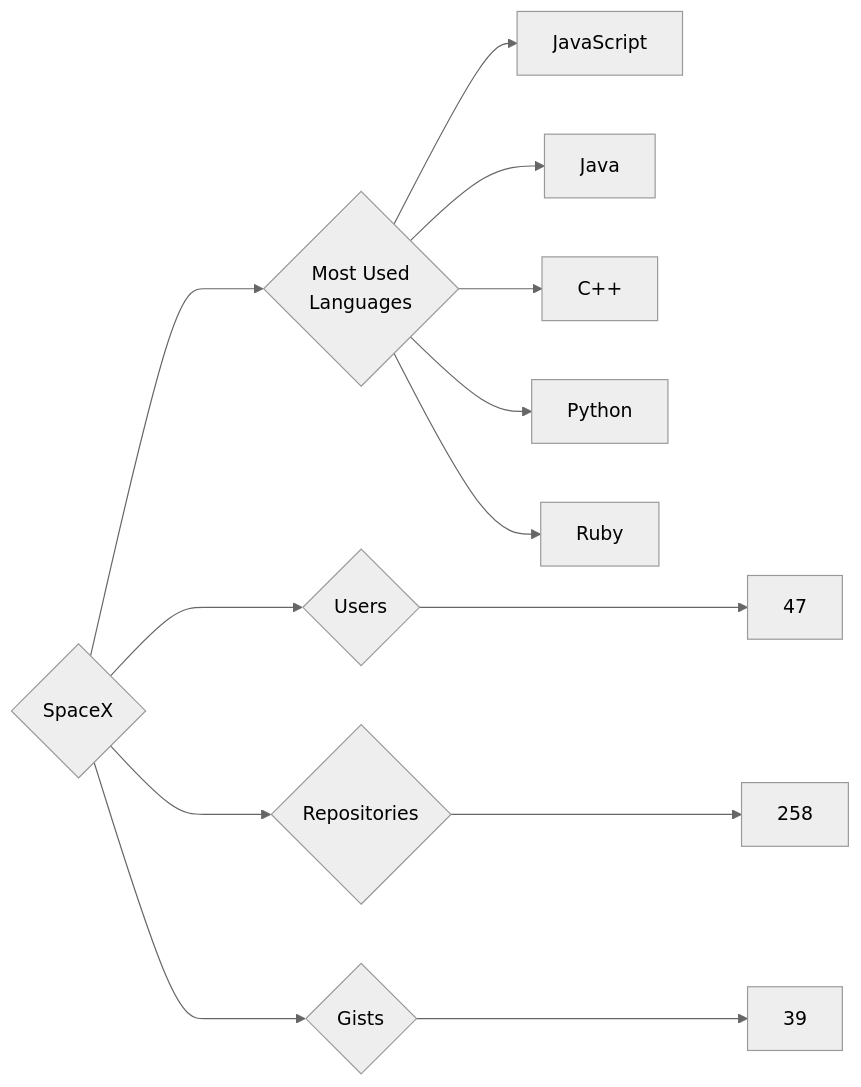
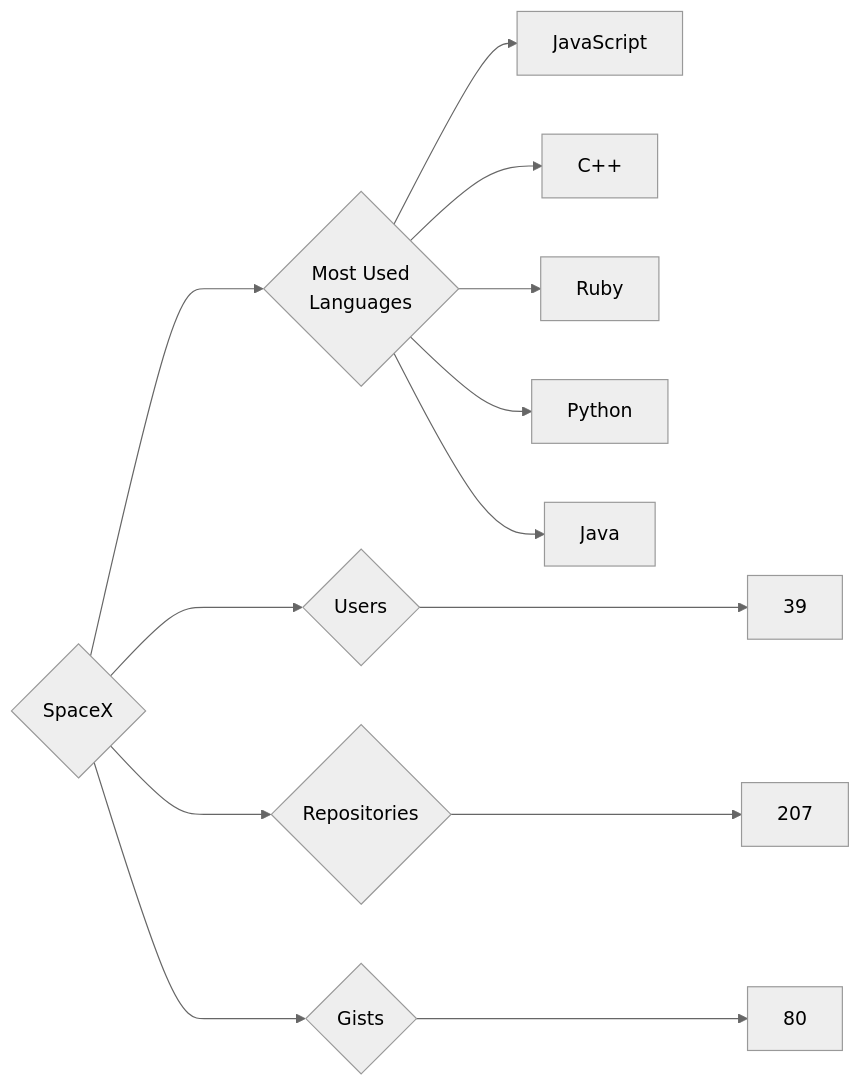
One commit to trickest/insiders changed the diagram in targets/SpaceX/README.md. Above: the diagram before and after it, drawn with Mermaid (neutral theme). The commit also changed 898 other files, not shown here.

````diff
--- a/targets/SpaceX/README.md
+++ b/targets/SpaceX/README.md
@@ -3,13 +3,13 @@
 ```mermaid
 graph LR
 COMPANY_NAME{SpaceX}
-COMPANY_NAME ---> U{Users} ---> UN[47]
-COMPANY_NAME ---> R{Repositories} ---> RN[258]
-COMPANY_NAME ---> G{Gists} ---> GN[39]
+COMPANY_NAME ---> U{Users} ---> UN[39]
+COMPANY_NAME ---> R{Repositories} ---> RN[207]
+COMPANY_NAME ---> G{Gists} ---> GN[80]
 COMPANY_NAME ---> ML{Most Used<br>Languages}
 ML --> JavaScript[JavaScript]
+ML --> C++[C++]
+ML --> Ruby[Ruby]
+ML --> Python[Python]
 ML --> Java[Java]
-ML --> C++[C++]
-ML --> Python[Python]
-ML --> Ruby[Ruby]
 ```
````
